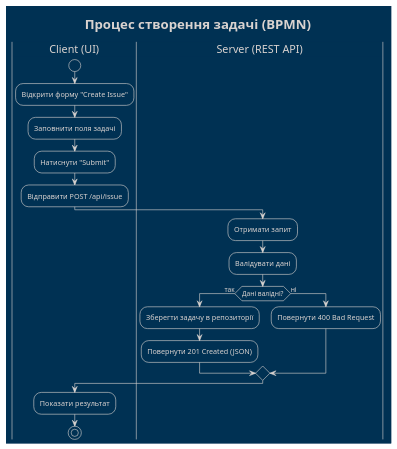
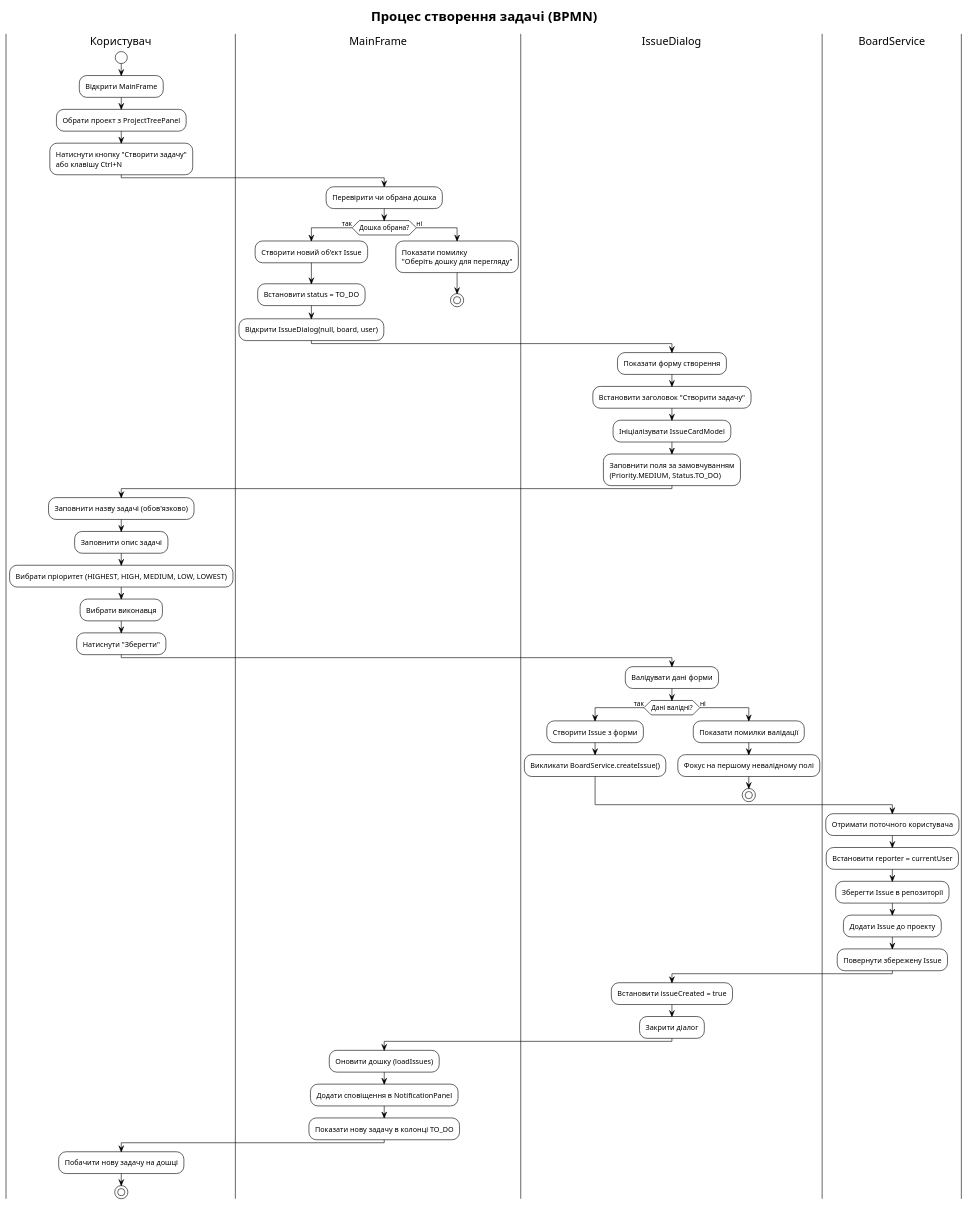
The diagram in UML/bpmn_create_issue.puml (trubchinin/jira-light), drawn with PlantUML before and after one commit. The commit also changed 11 other files, not shown here.

First line of the commit message:
Виправлено UML діаграми відповідно до фактичної структури проекту

```diff
--- a/UML/bpmn_create_issue.puml
+++ b/UML/bpmn_create_issue.puml
@@ -1,27 +1,69 @@
 @startuml bpmn_create_issue
-!theme blueprint
+!theme plain
+skinparam backgroundColor white
+skinparam defaultFontName Arial
 
 title Процес створення задачі (BPMN)
 
-|Client (UI)|
+|Користувач|
 start
-:Відкрити форму "Create Issue";
-:Заповнити поля задачі;
-:Натиснути "Submit";
-:Відправити POST /api/issue;
+:Відкрити MainFrame;
+:Обрати проект з ProjectTreePanel;
+:Натиснути кнопку "Створити задачу"\nабо клавішу Ctrl+N;
 
-|Server (REST API)|
-:Отримати запит;
-:Валідувати дані;
-if (Дані валідні?) then (так)
-  :Зберегти задачу в репозиторії;
-  :Повернути 201 Created (JSON);
+|MainFrame|
+:Перевірити чи обрана дошка;
+if (Дошка обрана?) then (так)
+  :Створити новий об'єкт Issue;
+  :Встановити status = TO_DO;
+  :Відкрити IssueDialog(null, board, user);
 else (ні)
-  :Повернути 400 Bad Request;
+  :Показати помилку\n"Оберіть дошку для перегляду";
+  stop
 endif
 
-|Client (UI)|
-:Показати результат;
+|IssueDialog|
+:Показати форму створення;
+:Встановити заголовок "Створити задачу";
+:Ініціалізувати IssueCardModel;
+:Заповнити поля за замовчуванням\n(Priority.MEDIUM, Status.TO_DO);
+
+|Користувач|
+:Заповнити назву задачі (обов'язково);
+:Заповнити опис задачі;
+:Вибрати пріоритет (HIGHEST, HIGH, MEDIUM, LOW, LOWEST);
+:Вибрати виконавця;
+:Натиснути "Зберегти";
+
+|IssueDialog|
+:Валідувати дані форми;
+if (Дані валідні?) then (так)
+  :Створити Issue з форми;
+  :Викликати BoardService.createIssue();
+else (ні)
+  :Показати помилки валідації;
+  :Фокус на першому невалідному полі;
+  stop
+endif
+
+|BoardService|
+:Отримати поточного користувача;
+:Встановити reporter = currentUser;
+:Зберегти Issue в репозиторії;
+:Додати Issue до проекту;
+:Повернути збережену Issue;
+
+|IssueDialog|
+:Встановити issueCreated = true;
+:Закрити діалог;
+
+|MainFrame|
+:Оновити дошку (loadIssues);
+:Додати сповіщення в NotificationPanel;
+:Показати нову задачу в колонці TO_DO;
+
+|Користувач|
+:Побачити нову задачу на дошці;
 stop
 
 @enduml
```
